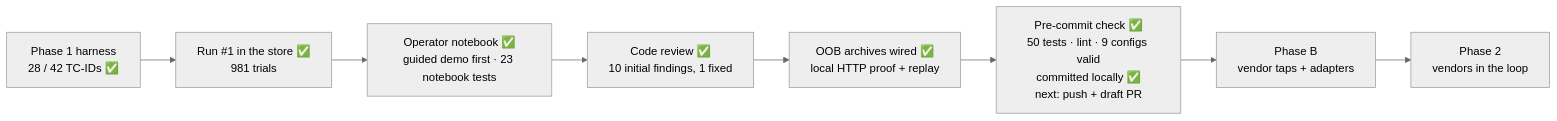
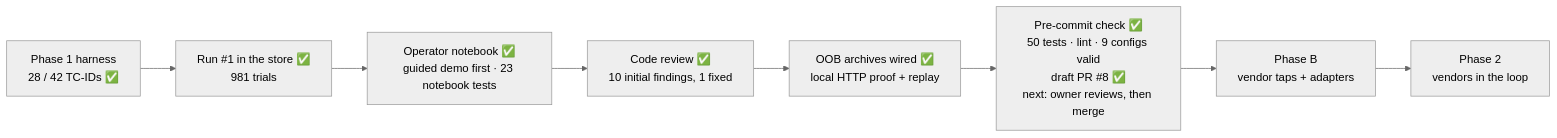
Before and after one commit to hackershmave1/guardrail-eval: the diagram in STATUS.md, drawn with Mermaid (neutral theme). The commit also changed other lines of this file, not shown here.

Commit message:
STATUS: branch pushed, draft PR #8 open, PR #7 closed

````diff
--- a/STATUS.md
+++ b/STATUS.md
@@ -8,10 +9,10 @@
 ```mermaid
 flowchart LR
     A["Phase 1 harness<br/>28 / 42 TC-IDs ✅"] --> B["Run #1 in the store ✅<br/>981 trials"]
     B --> C["Operator notebook ✅<br/>guided demo first · 23 notebook tests"]
     C --> D["Code review ✅<br/>10 initial findings, 1 fixed"]
     D --> E["OOB archives wired ✅<br/>local HTTP proof + replay"]
-    E --> P["Pre-commit check ✅<br/>50 tests · lint · 9 configs valid<br/>committed locally ✅<br/>next: push + draft PR"]
+    E --> P["Pre-commit check ✅<br/>50 tests · lint · 9 configs valid<br/>draft PR #8 ✅<br/>next: owner reviews, then merge"]
     P --> F["Phase B<br/>vendor taps + adapters"]
     F --> G["Phase 2<br/>vendors in the loop"]
 ```
````
